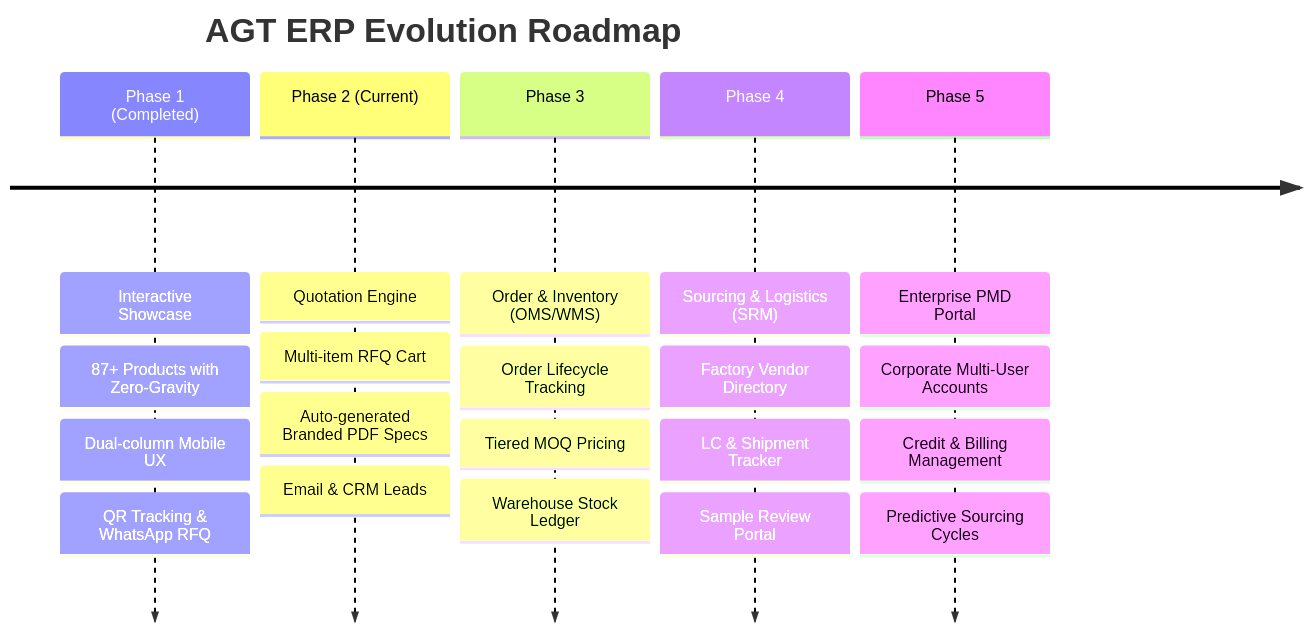
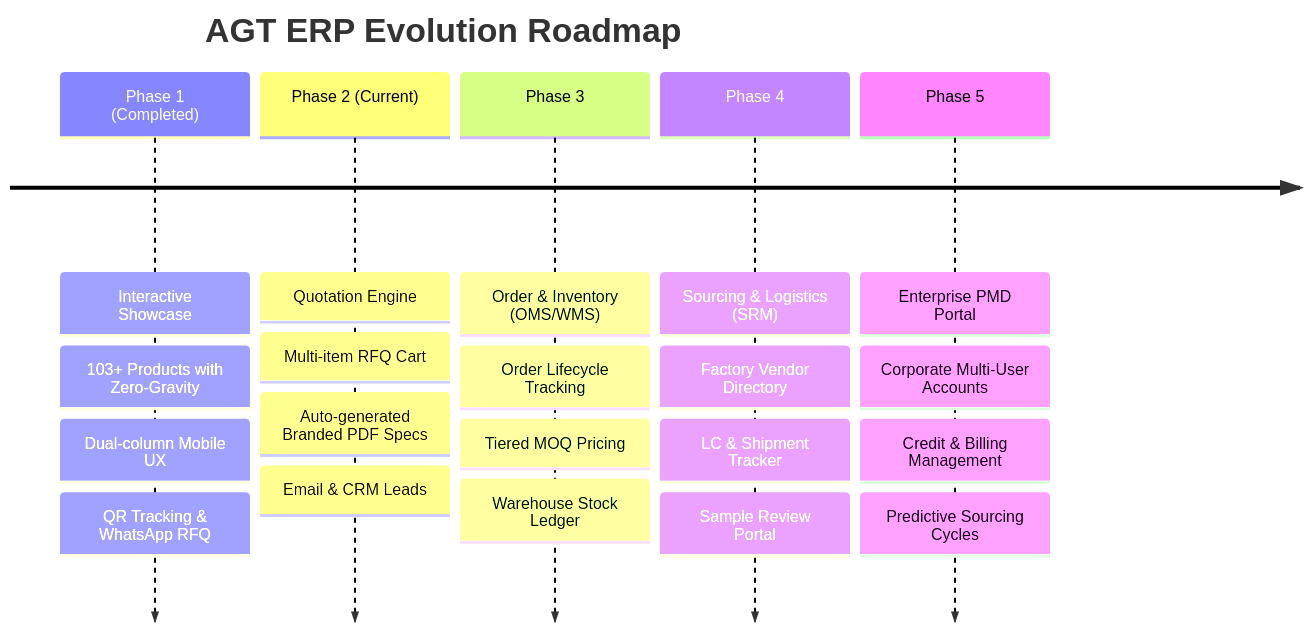
The second of 2 diagrams in PROJECT.md (TalhaTamim45/agt-platform), drawn with Mermaid before and after one commit. The commit also changed other lines of this file and 18 other files, not shown here.

Commit message:
feat: add 16 new products AGT-88 to AGT-103 with AI zero-gravity optimization

````diff
--- a/PROJECT.md
+++ b/PROJECT.md
@@ -83,9 +83,9 @@
 ```mermaid
 timeline
     title AGT ERP Evolution Roadmap
-    Phase 1 (Completed) : Interactive Showcase : 87+ Products with Zero-Gravity : Dual-column Mobile UX : QR Tracking & WhatsApp RFQ
+    Phase 1 (Completed) : Interactive Showcase : 103+ Products with Zero-Gravity : Dual-column Mobile UX : QR Tracking & WhatsApp RFQ
     Phase 2 (Current) : Quotation Engine : Multi-item RFQ Cart : Auto-generated Branded PDF Specs : Email & CRM Leads
     Phase 3 : Order & Inventory (OMS/WMS) : Order Lifecycle Tracking : Tiered MOQ Pricing : Warehouse Stock Ledger
     Phase 4 : Sourcing & Logistics (SRM) : Factory Vendor Directory : LC & Shipment Tracker : Sample Review Portal
     Phase 5 : Enterprise PMD Portal : Corporate Multi-User Accounts : Credit & Billing Management : Predictive Sourcing Cycles
 ```
````
